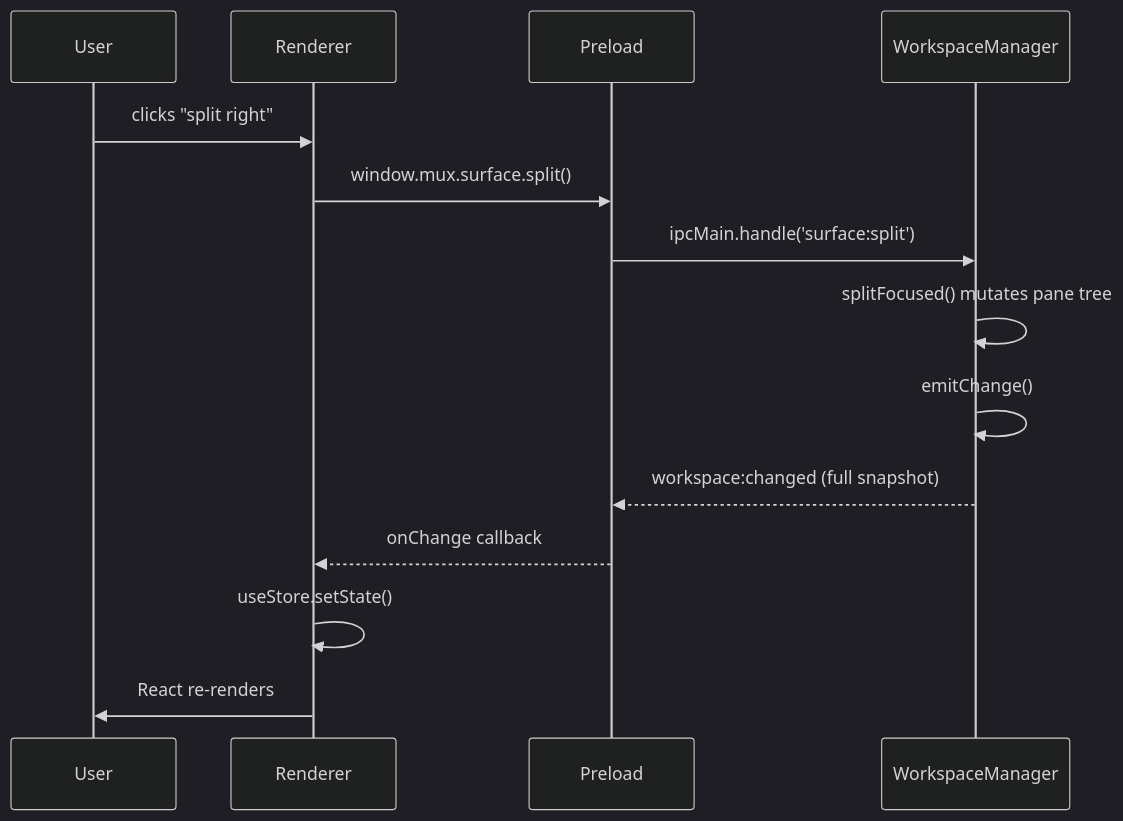
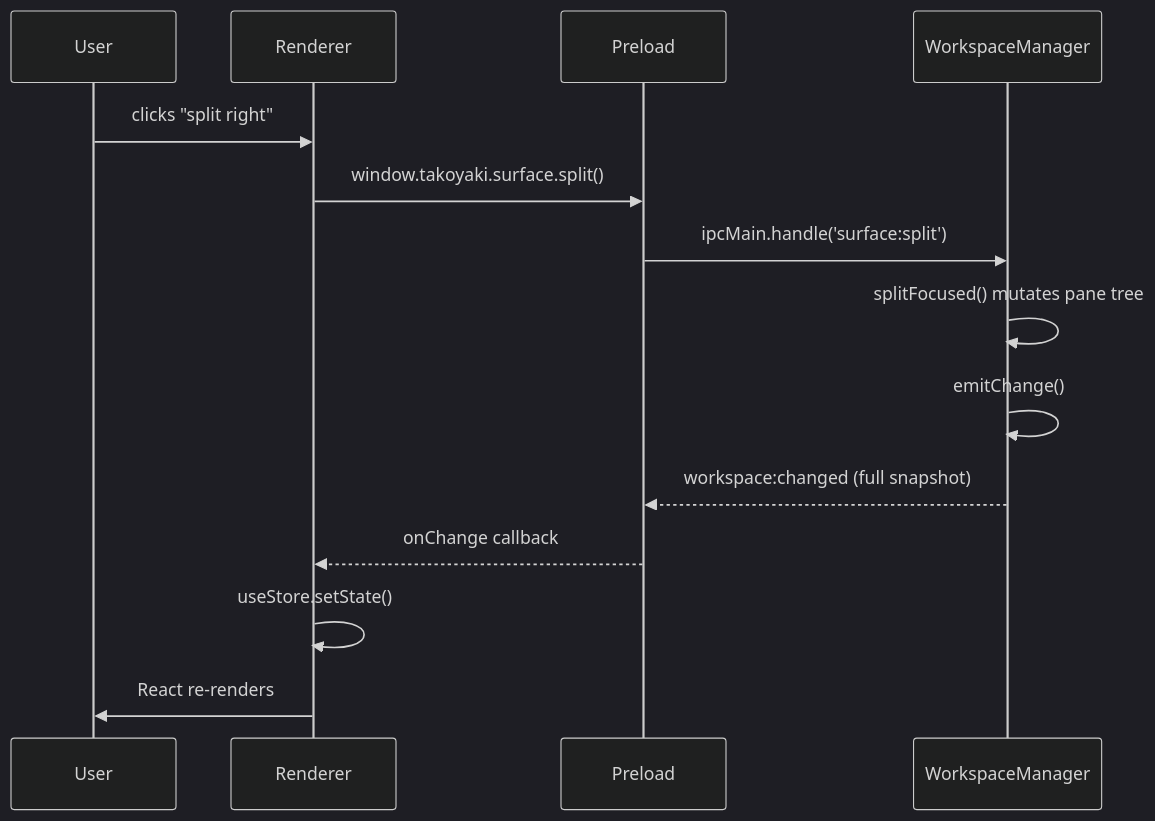
The third of 10 diagrams in docs/ARCHITECTURE.md (adikuma/takoyaki), drawn with Mermaid (dark theme) before and after one commit. The commit also changed other lines of this file and 41 other files, not shown here.

````diff
--- a/docs/ARCHITECTURE.md
+++ b/docs/ARCHITECTURE.md
@@ -65,17 +65,17 @@
 ```mermaid
 sequenceDiagram
     participant User
     participant Renderer
     participant Preload
     participant Main as WorkspaceManager
 
     User->>Renderer: clicks "split right"
-    Renderer->>Preload: window.mux.surface.split()
+    Renderer->>Preload: window.takoyaki.surface.split()
     Preload->>Main: ipcMain.handle('surface:split')
     Main->>Main: splitFocused() mutates pane tree
     Main->>Main: emitChange()
     Main-->>Preload: workspace:changed (full snapshot)
     Preload-->>Renderer: onChange callback
     Renderer->>Renderer: useStore.setState()
     Renderer->>User: React re-renders
 ```
````
